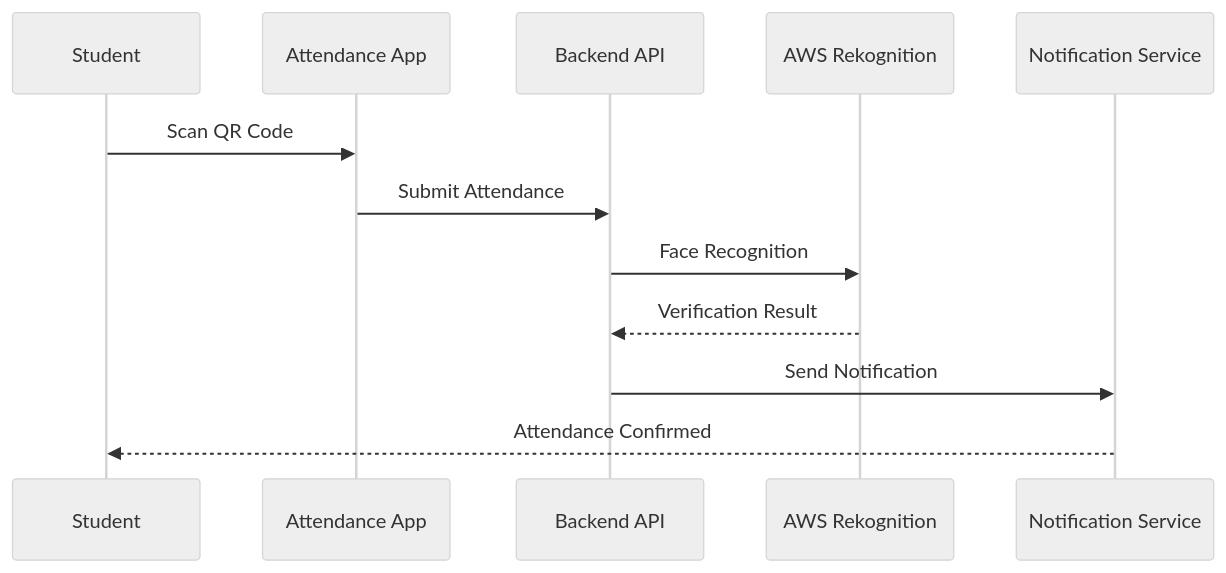
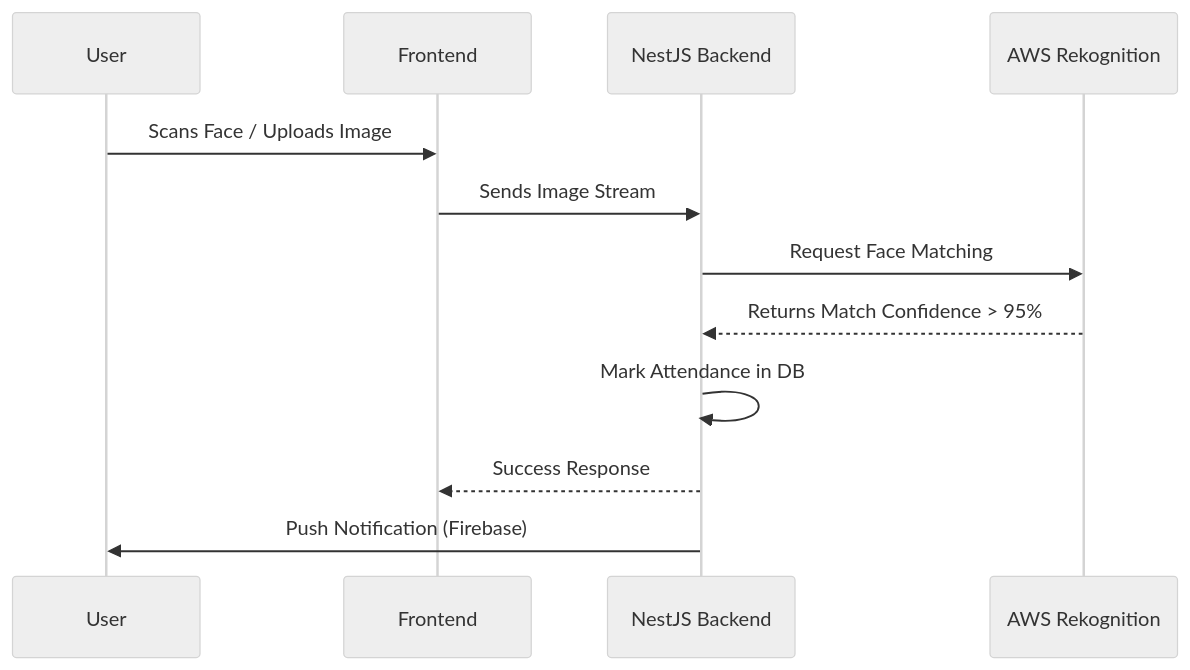
Before and after one commit to zohanubis/Zohanubis: the second of 2 diagrams in README.md, drawn with Mermaid (neutral theme). The commit also changed other lines of this file, not shown here.

````diff
--- a/README.md
+++ b/README.md
@@ -153,15 +127,15 @@
 ```mermaid
 sequenceDiagram
-    participant S as Student
-    participant A as Attendance App
-    participant B as Backend API
-    participant R as AWS Rekognition
-    participant N as Notification Service
-    
-    S->>A: Scan QR Code
-    A->>B: Submit Attendance
-    B->>R: Face Recognition
-    R-->>B: Verification Result
-    B->>N: Send Notification
-    N-->>S: Attendance Confirmed
+    participant U as User
+    participant F as Frontend
+    participant B as NestJS Backend
+    participant AI as AWS Rekognition
+
+    U->>F: Scans Face / Uploads Image
+    F->>B: Sends Image Stream
+    B->>AI: Request Face Matching
+    AI-->>B: Returns Match Confidence > 95%
+    B->>B: Mark Attendance in DB
+    B-->>F: Success Response
+    B->>U: Push Notification (Firebase)
 ```
````
